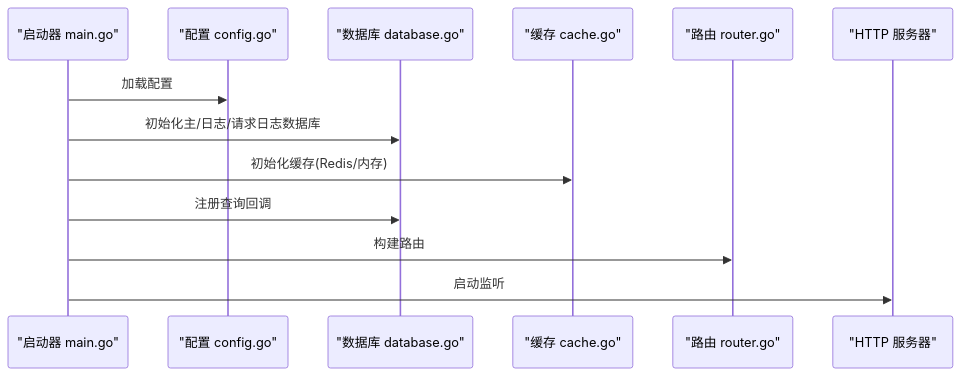
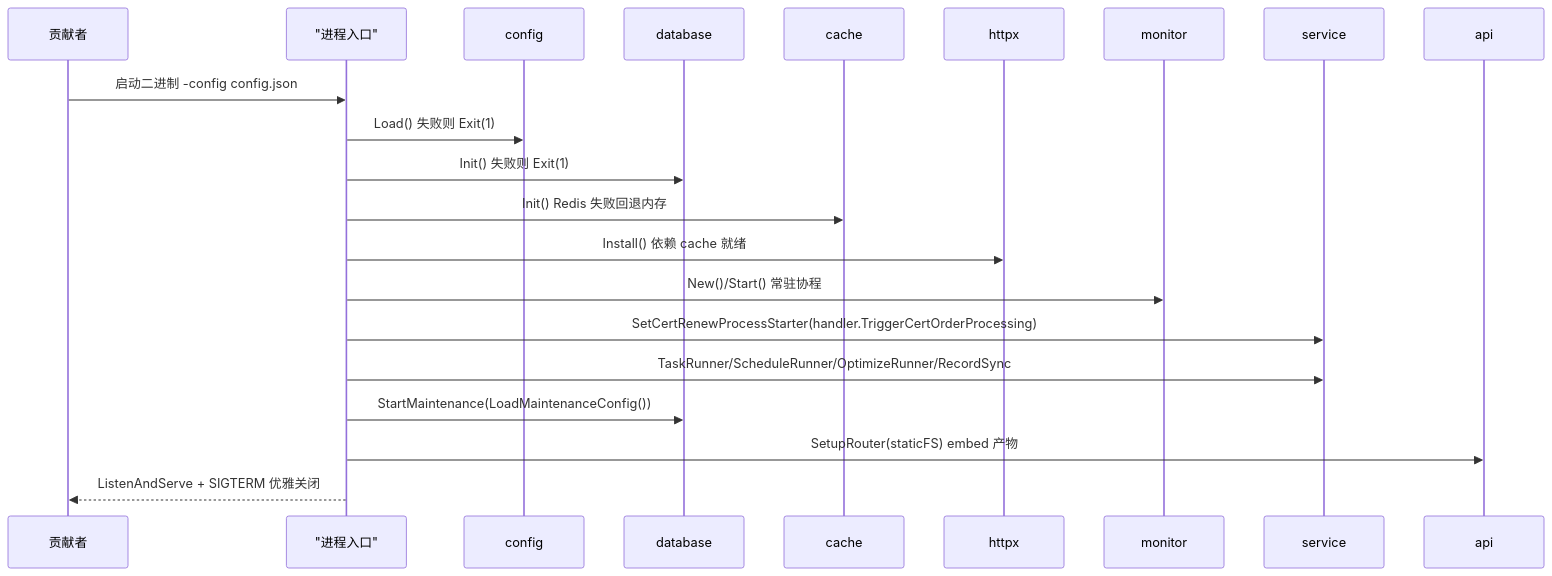
The third of 7 diagrams in docs/后端开发指南/后端开发指南.md (x01n/dnsplane), drawn with Mermaid before and after one commit. The commit also changed other lines of this file and 326 other files, not shown here.

````diff
--- a/docs/后端开发指南/后端开发指南.md
+++ b/docs/后端开发指南/后端开发指南.md
@@ -90,15 +213,23 @@
 ```mermaid
 sequenceDiagram
-participant Boot as "启动器 main.go"
-participant Cfg as "配置 config.go"
-participant DB as "数据库 database.go"
-participant Cache as "缓存 cache.go"
-participant Router as "路由 router.go"
-participant HTTP as "HTTP 服务器"
-Boot->>Cfg : 加载配置
-Boot->>DB : 初始化主/日志/请求日志数据库
-Boot->>Cache : 初始化缓存(Redis/内存)
-Boot->>DB : 注册查询回调
-Boot->>Router : 构建路由
-Boot->>HTTP : 启动监听
+participant Dev as 贡献者
+participant Main as "进程入口"
+participant Cfg as config
+participant DB as database
+participant Ca as cache
+participant HX as httpx
+participant Mon as monitor
+participant Svc as service
+participant Api as api
+Dev->>Main : 启动二进制 -config config.json
+Main->>Cfg : Load() 失败则 Exit(1)
+Main->>DB : Init() 失败则 Exit(1)
+Main->>Ca : Init() Redis 失败回退内存
+Main->>HX : Install() 依赖 cache 就绪
+Main->>Mon : New()/Start() 常驻协程
+Main->>Svc : SetCertRenewProcessStarter(handler.TriggerCertOrderProcessing)
+Main->>Svc : TaskRunner/ScheduleRunner/OptimizeRunner/RecordSync
+Main->>DB : StartMaintenance(LoadMaintenanceConfig())
+Main->>Api : SetupRouter(staticFS) embed 产物
+Main-->>Dev : ListenAndServe + SIGTERM 优雅关闭
 ```
````
